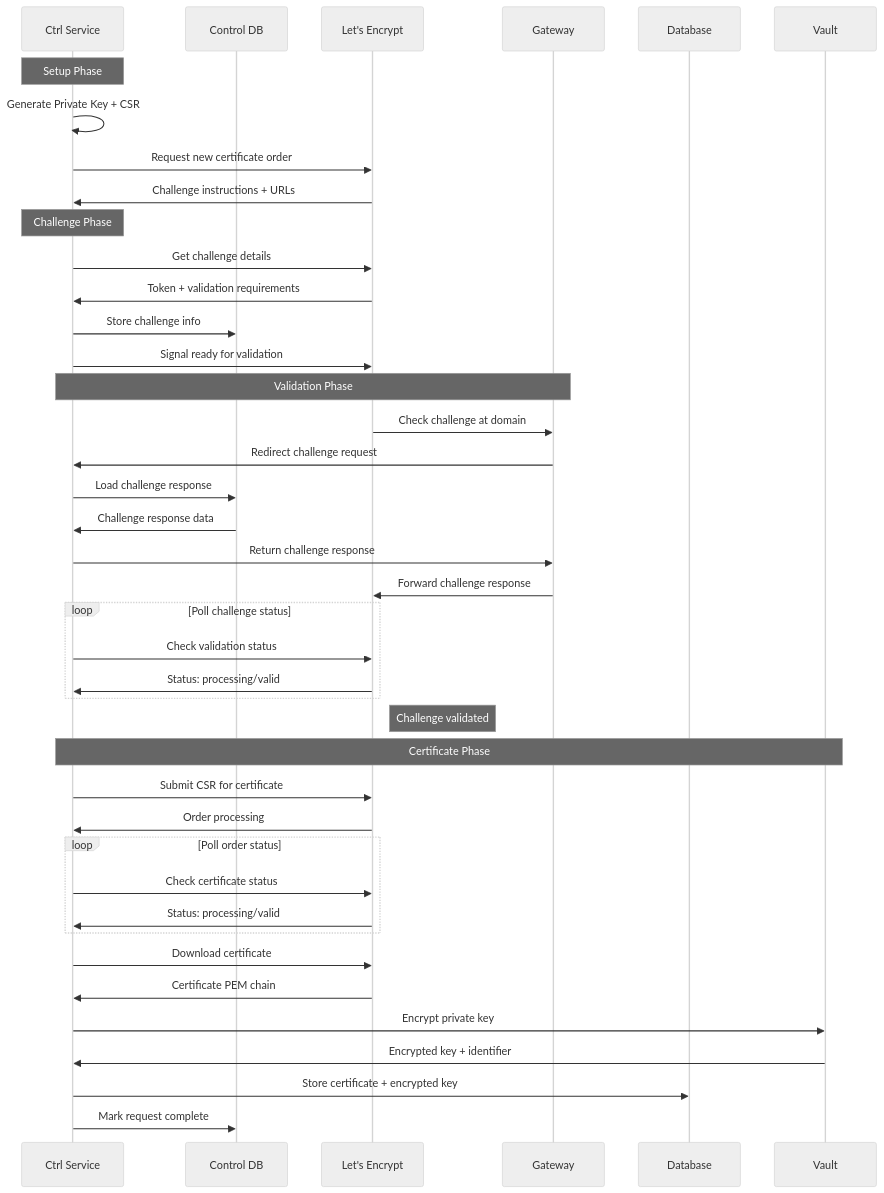
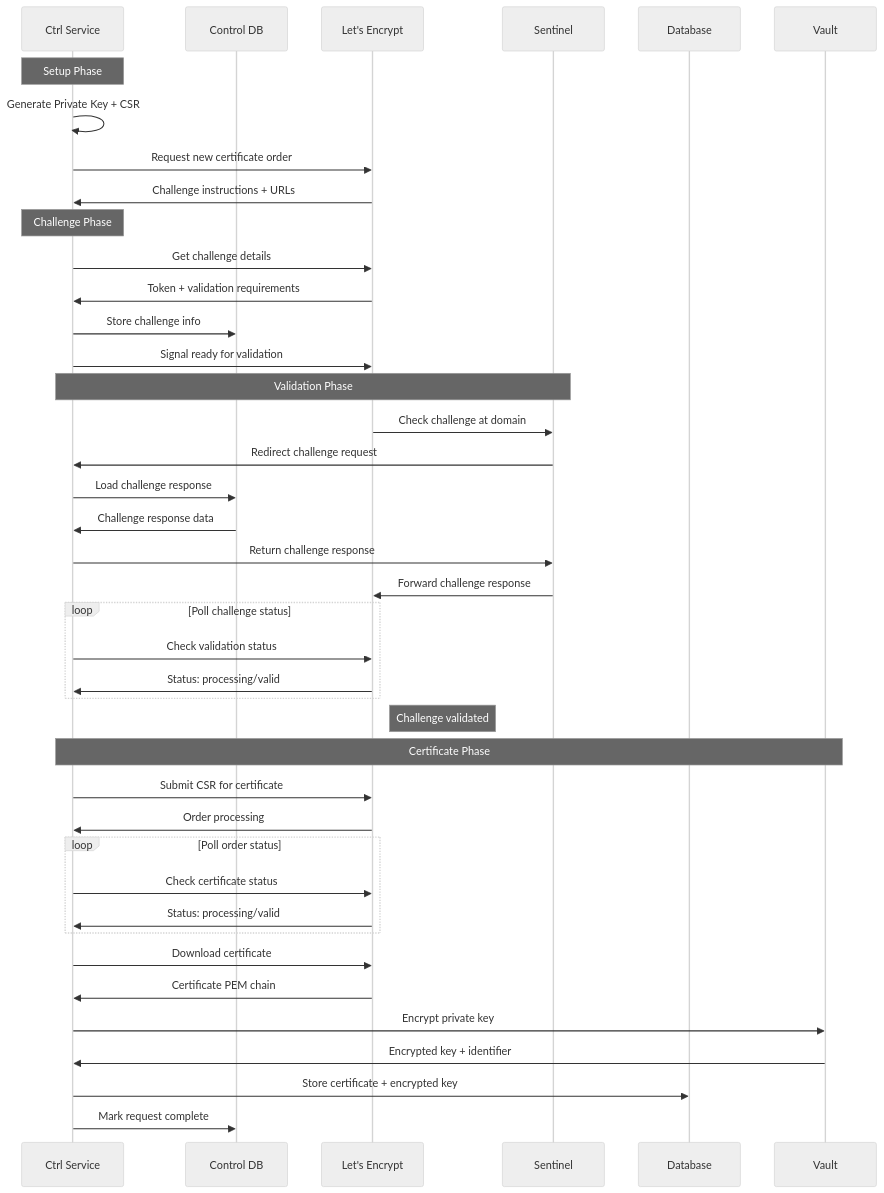
Before and after one commit to unkeyed/unkey: the diagram in apps/engineering/content/docs/rfcs/0013-custom-domains.mdx, drawn with Mermaid (neutral theme). The commit also changed other lines of this file and 230 other files, not shown here.

````diff
--- a/apps/engineering/content/docs/rfcs/0013-custom-domains.mdx
+++ b/apps/engineering/content/docs/rfcs/0013-custom-domains.mdx
@@ -399,51 +399,51 @@
 ```mermaid
 sequenceDiagram
     participant CS as Ctrl Service
     participant CD as Control DB
     participant LE as Let's Encrypt
-    participant GW as Gateway
+    participant GW as Sentinel
     participant DD as Database
     participant V as Vault
 
     Note over CS: Setup Phase
     CS->>CS: Generate Private Key + CSR
     CS->>LE: Request new certificate order
     LE->>CS: Challenge instructions + URLs
 
     Note over CS: Challenge Phase
     CS->>LE: Get challenge details
     LE->>CS: Token + validation requirements
     CS->>CD: Store challenge info
     CS->>LE: Signal ready for validation
 
     Note over CS,GW: Validation Phase
     LE->>GW: Check challenge at domain
     GW->>CS: Redirect challenge request
     CS->>CD: Load challenge response
     CD->>CS: Challenge response data
     CS->>GW: Return challenge response
     GW->>LE: Forward challenge response
 
     loop Poll challenge status
       CS->>LE: Check validation status
       LE->>CS: Status: processing/valid
     end
     Note right of LE: Challenge validated
 
     Note over CS,V: Certificate Phase
     CS->>LE: Submit CSR for certificate
     LE->>CS: Order processing
 
     loop Poll order status
       CS->>LE: Check certificate status
       LE->>CS: Status: processing/valid
     end
 
     CS->>LE: Download certificate
     LE->>CS: Certificate PEM chain
 
     CS->>V: Encrypt private key
     V->>CS: Encrypted key + identifier
     CS->>DD: Store certificate + encrypted key
     CS->>CD: Mark request complete
 ```
````
